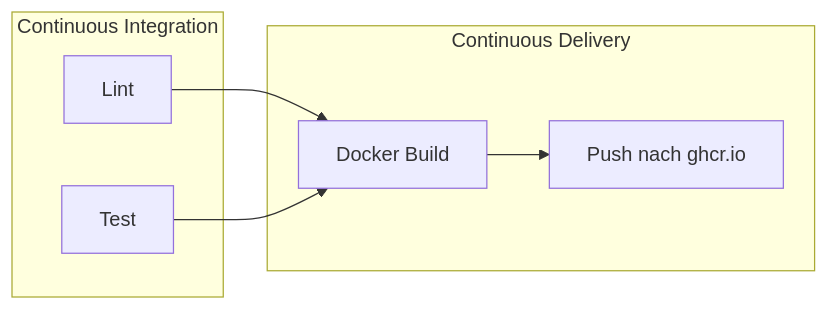
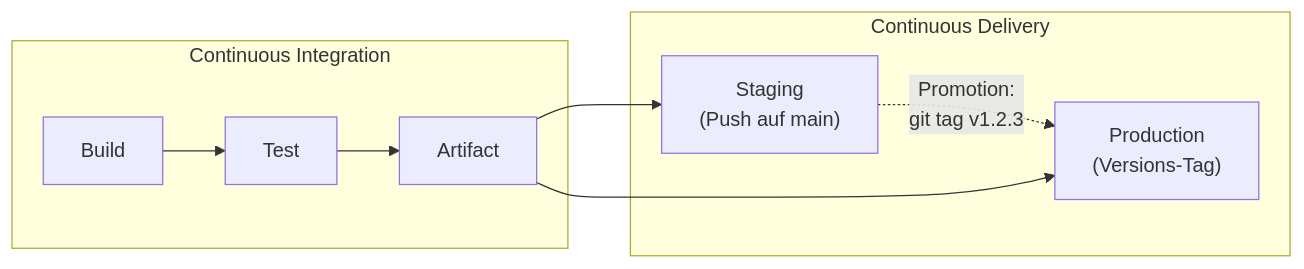
The diagram in README.md (realAP/clean-infrastructure), drawn with Mermaid before and after one commit. The commit also changed other lines of this file and 5 other files, not shown here.

First line of the commit message:
Move artifact build into the pipeline; Dockerfile only packages and runs (#3)

````diff
--- a/README.md
+++ b/README.md
@@ -16,12 +19,13 @@
 ```mermaid
 flowchart LR
     subgraph CI [Continuous Integration]
-        L[Lint]
-        T[Test]
+        B[Build] --> T[Test] --> A[Artifact]
     end
     subgraph CD [Continuous Delivery]
-        B[Docker Build] --> P[Push nach ghcr.io]
+        S["Staging<br>(Push auf main)"]
+        P["Production<br>(Versions-Tag)"]
+        S -. "Promotion:<br>git tag v1.2.3" .-> P
     end
-    L --> B
-    T --> B
+    A --> S
+    A --> P
 ```
````
